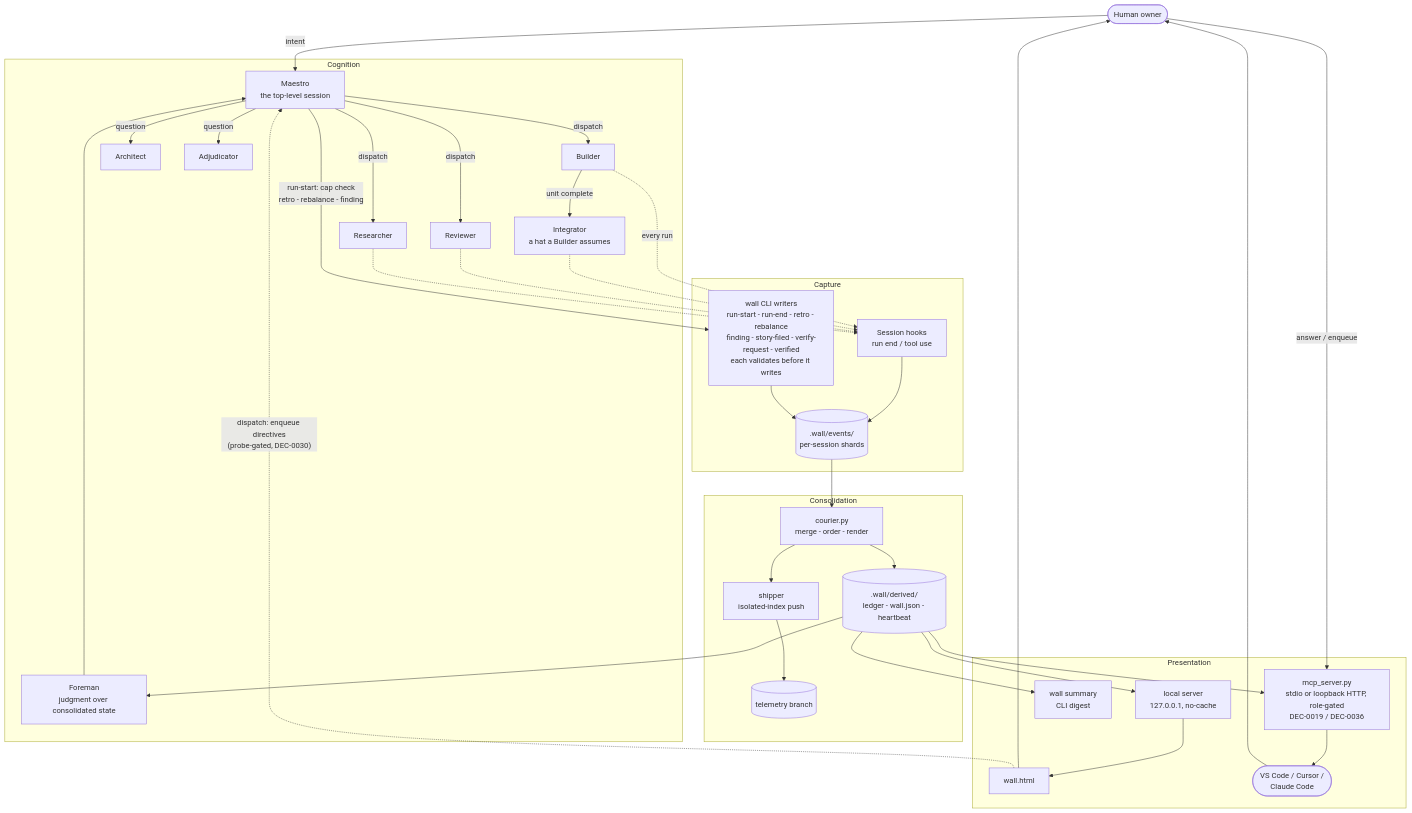
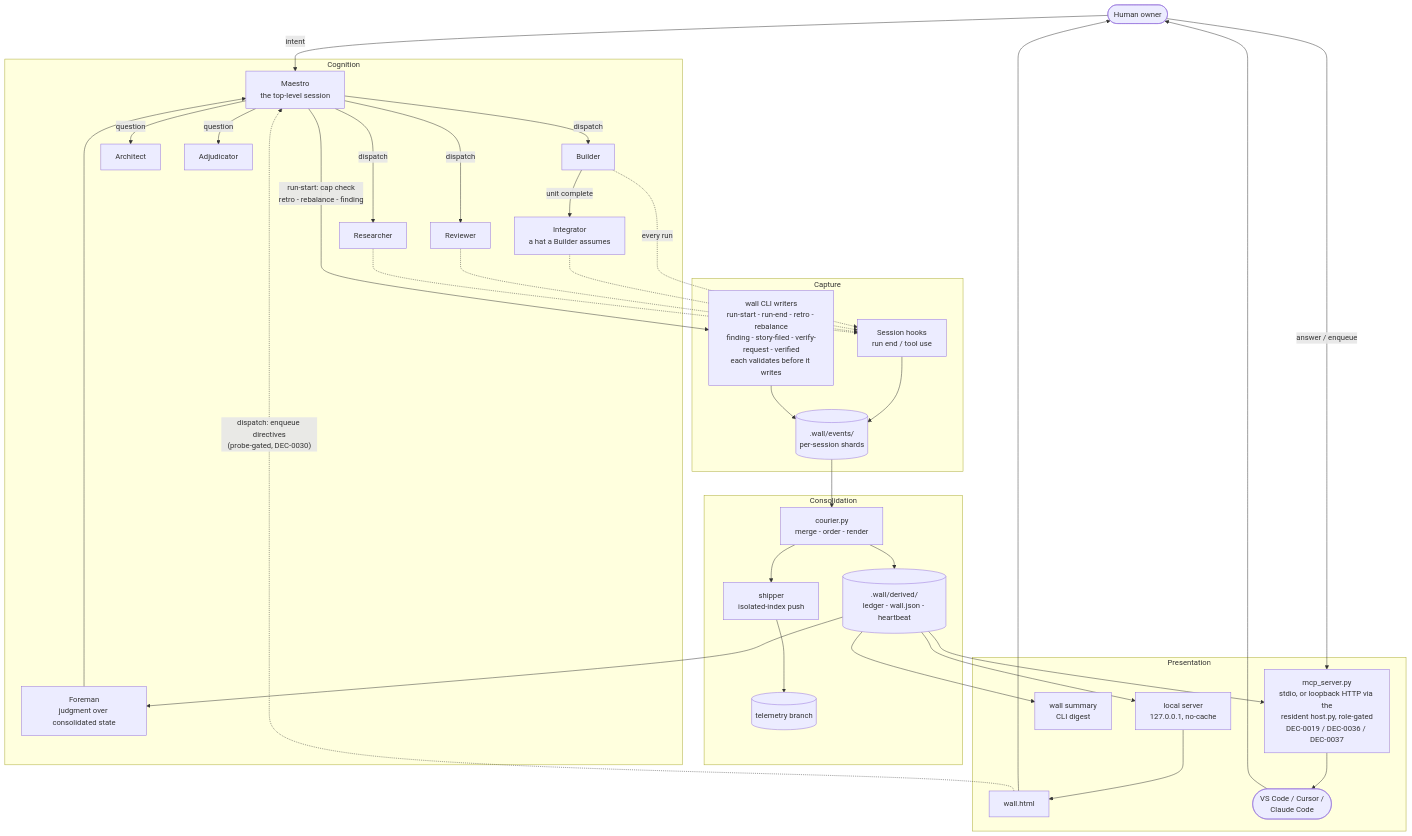
Before and after one commit to newellnarco/EngTeam-Wallkit-BluePrint: the first of 3 diagrams in docs/diagrams/ARCHITECTURE.md, drawn with Mermaid. The commit also changed 13 other files, not shown here.

First line of the commit message:
feat(host): one resident wall host per machine, linked via Claude Code local scope (DEC-0037) (#19)

````diff
--- a/docs/diagrams/ARCHITECTURE.md
+++ b/docs/diagrams/ARCHITECTURE.md
@@ -21,66 +21,66 @@
 ```mermaid
 flowchart TB
     Human([Human owner])
 
     subgraph Cognition
         Maestro[Maestro<br/>the top-level session]
         Builder[Builder]
         Integrator[Integrator<br/>a hat a Builder assumes]
         Reviewer[Reviewer]
         Researcher[Researcher]
         Architect[Architect]
         Adjudicator[Adjudicator]
         Foreman[Foreman<br/>judgment over consolidated state]
     end
 
     subgraph Capture
         Hooks[Session hooks<br/>run end / tool use]
         CLI[wall CLI writers<br/>run-start - run-end - retro - rebalance<br/>finding - story-filed - verify-request - verified<br/>each validates before it writes]
         Shards[(.wall/events/<br/>per-session shards)]
     end
 
     subgraph Consolidation
         Courier[courier.py<br/>merge - order - render]
         Shipper[shipper<br/>isolated-index push]
         Derived[(.wall/derived/<br/>ledger - wall.json - heartbeat)]
         Branch[(telemetry branch)]
     end
 
     subgraph Presentation
         Server[local server<br/>127.0.0.1, no-cache]
         Wall[wall.html]
         Summary[wall summary<br/>CLI digest]
-        MCP[mcp_server.py<br/>stdio or loopback HTTP, role-gated<br/>DEC-0019 / DEC-0036]
+        MCP[mcp_server.py<br/>stdio, or loopback HTTP via the<br/>resident host.py, role-gated<br/>DEC-0019 / DEC-0036 / DEC-0037]
         Editors([VS Code / Cursor /<br/>Claude Code])
     end
 
     Human -->|intent| Maestro
     Maestro -->|dispatch| Builder
     Maestro -->|dispatch| Reviewer
     Maestro -->|dispatch| Researcher
     Maestro -->|question| Architect
     Maestro -->|question| Adjudicator
     Builder -->|unit complete| Integrator
     Builder -.->|every run| Hooks
     Integrator -.-> Hooks
     Reviewer -.-> Hooks
     Researcher -.-> Hooks
     Maestro -->|"run-start: cap check<br/>retro - rebalance - finding"| CLI
     Hooks --> Shards
     CLI --> Shards
     Shards --> Courier
     Courier --> Derived
     Courier --> Shipper
     Shipper --> Branch
     Derived --> Server
     Server --> Wall
     Wall --> Human
     Derived --> Summary
     Derived --> MCP
     MCP --> Editors
     Editors --> Human
     Human -->|answer / enqueue| MCP
     Wall -.->|"dispatch: enqueue directives<br/>(probe-gated, DEC-0030)"| Maestro
     Derived --> Foreman
     Foreman --> Maestro
 ```
````
